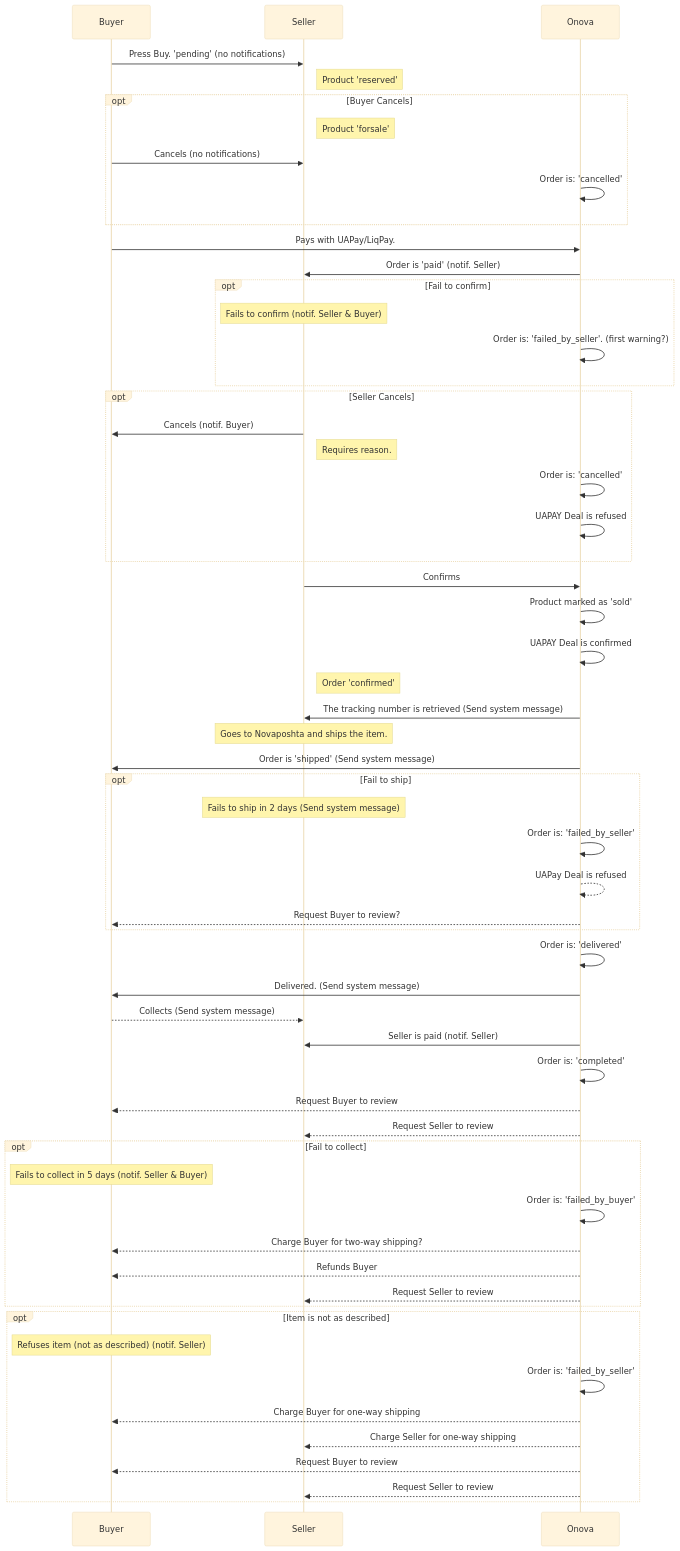
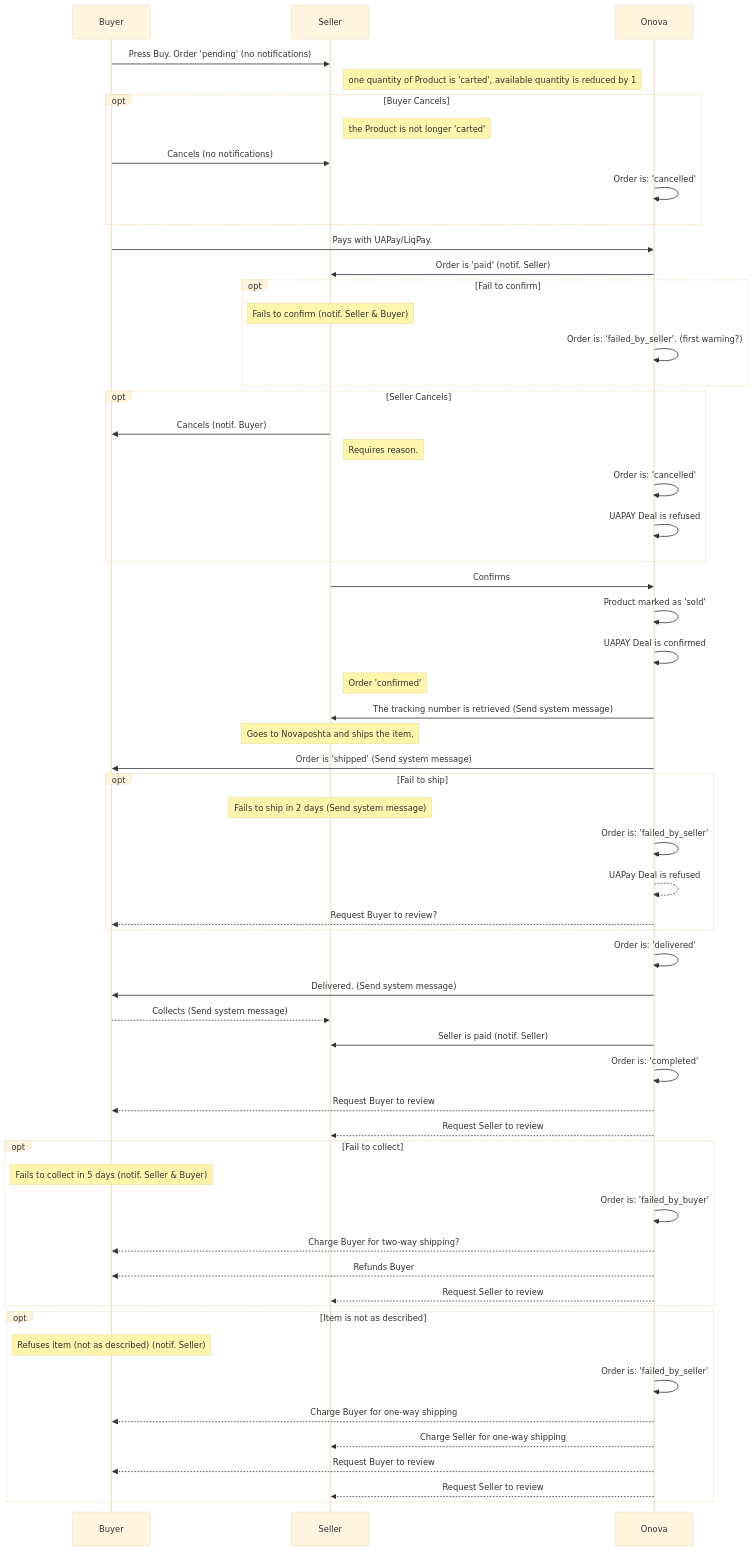
Before and after one commit to gianpaj/onova-server.data: the diagram in ORDER_PROCESS.md, drawn with Mermaid (base theme). The commit also changed other lines of this file and 10 other files, not shown here.

Commit message:
Order, Drop and Product: Add to carted array

````diff
--- a/ORDER_PROCESS.md
+++ b/ORDER_PROCESS.md
@@ -11,63 +11,63 @@
 ```mermaid
 sequenceDiagram
-    Buyer  ->>  Seller:   Press Buy. 'pending' (no notifications)
-    Note right of Seller: Product 'reserved'
+    Buyer  ->>  Seller:   Press Buy. Order 'pending' (no notifications)
+    Note right of Seller: one quantity of Product is 'carted', available quantity is reduced by 1
 
     opt Buyer Cancels
-        Note right of Seller: Product 'forsale'
+        Note right of Seller: the Product is not longer 'carted'
         Buyer ->>   Seller: Cancels (no notifications)
         Onova  ->>  Onova:  Order is: 'cancelled'
     end
 
     Buyer  ->>  Onova: Pays with UAPay/LiqPay.
     Onova  ->>  Seller: Order is 'paid' (notif. Seller)
 
     opt Fail to confirm
         Note over Seller:  Fails to confirm (notif. Seller & Buyer)
         Onova  ->>  Onova: Order is: 'failed_by_seller'. (first warning?)
     end
     opt Seller Cancels
         Seller ->>  Buyer:    Cancels (notif. Buyer)
         Note right of Seller: Requires reason.
         Onova  ->>  Onova:    Order is: 'cancelled'
         Onova  ->>  Onova:    UAPAY Deal is refused
     end
 
     Seller ->>    Onova: Confirms
     Onova  ->>  Onova: Product marked as 'sold'
     Onova  ->>  Onova:    UAPAY Deal is confirmed
     Note right of Seller: Order 'confirmed'
 
     Onova   ->> Seller: The tracking number is retrieved (Send system message)
     Note over Seller:  Goes to Novaposhta and ships the item.
     Onova ->>   Buyer:  Order is 'shipped' (Send system message)
 
     opt Fail to ship
         Note over Seller:  Fails to ship in 2 days (Send system message)
         Onova  ->>  Onova: Order is: 'failed_by_seller'
         Onova -->>  Onova: UAPay Deal is refused
         Onova -->>  Buyer: Request Buyer to review?
     end
             Onova  ->>  Onova: Order is: 'delivered'
     Onova  ->>  Buyer:   Delivered.  (Send system message)
     Buyer -->> Seller:   Collects  (Send system message)
     Onova  ->>  Seller:  Seller is paid (notif. Seller)
     Onova  ->>  Onova:   Order is: 'completed'
     Onova -->>  Buyer:   Request Buyer to review
     Onova -->>  Seller:  Request Seller to review
     opt Fail to collect
         Note over Buyer:    Fails to collect in 5 days  (notif. Seller & Buyer)
         Onova  ->>  Onova:  Order is: 'failed_by_buyer'
         Onova -->>  Buyer:  Charge Buyer for two-way shipping?
         Onova -->>  Buyer:  Refunds Buyer
         Onova -->>  Seller: Request Seller to review
     end
     opt Item is not as described
         Note over Buyer:    Refuses item (not as described) (notif. Seller)
         Onova  ->>  Onova:  Order is: 'failed_by_seller'
         Onova -->>  Buyer:  Charge Buyer for one-way shipping
         Onova -->>  Seller: Charge Seller for one-way shipping
         Onova -->>  Buyer:  Request Buyer to review
         Onova -->>  Seller: Request Seller to review
     end
 ```
````
